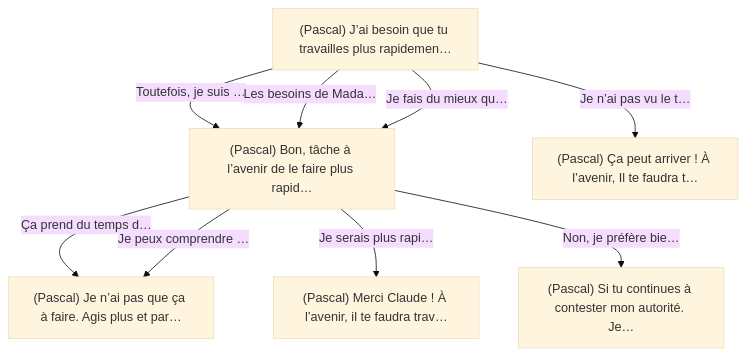
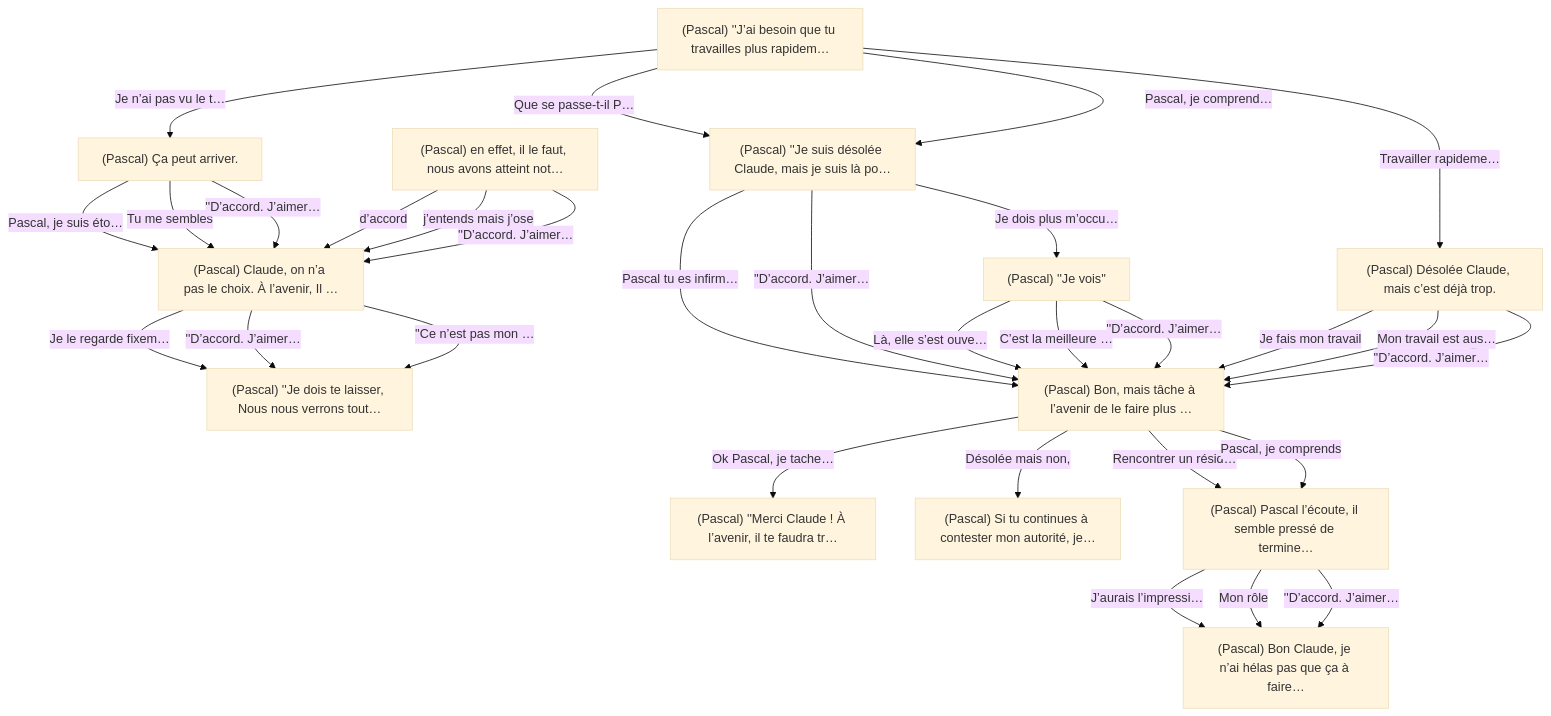
One commit to tmsmks/PA_26_EOL changed the second of 17 diagrams in output/graphes_end_of_life.md. Above: the diagram before and after it, drawn with Mermaid (base theme). The commit also changed other lines of this file and 54 other files, not shown here.

````diff
--- a/output/graphes_end_of_life.md
+++ b/output/graphes_end_of_life.md
@@ -104,18 +123,46 @@
 ```mermaid
 flowchart TD
-    I1["(Pascal) J’ai besoin que tu travailles plus rapidemen…"]
-    I2["(Pascal) Bon, tâche à l’avenir de le faire plus rapid…"]
-    I3["(Pascal) Je n’ai pas que ça à faire. Agis plus et par…"]
-    I4["(Pascal) Merci Claude ! À l’avenir, il te faudra trav…"]
-    I5["(Pascal) Si tu continues à contester mon autorité. Je…"]
-    I6["(Pascal) Ça peut arriver ! À l’avenir, Il te faudra t…"]
+    I1["(Pascal) ''J’ai besoin que tu travailles plus rapidem…"]
+    I2["(Pascal) ''Je suis désolée Claude, mais je suis là po…"]
+    I3["(Pascal) ''Je vois''"]
+    I4["(Pascal) Ça peut arriver."]
+    I5["(Pascal) en effet, il le faut, nous avons atteint not…"]
+    I6["(Pascal) Claude, on n’a pas le choix. À l’avenir, Il …"]
+    I7["(Pascal) ''Je dois te laisser, Nous nous verrons tout…"]
+    I8["(Pascal) Désolée Claude, mais c’est déjà trop."]
+    I9["(Pascal) Bon, mais tâche à l’avenir de le faire plus …"]
+    I10["(Pascal) ''Merci Claude ! À l’avenir, il te faudra tr…"]
+    I11["(Pascal) Si tu continues à contester mon autorité, je…"]
+    I12["(Pascal) Pascal l’écoute, il semble pressé de termine…"]
+    I13["(Pascal) Bon Claude, je n’ai hélas pas que ça à faire…"]
 
-    I1 -->|"Toutefois, je suis …"| I2
-    I1 -->|"Les besoins de Mada…"| I2
-    I1 -->|"Je n’ai pas vu le t…"| I6
-    I1 -->|"Je fais du mieux qu…"| I2
-    I2 -->|"Ça prend du temps d…"| I3
-    I2 -->|"Je peux comprendre …"| I3
-    I2 -->|"Je serais plus rapi…"| I4
-    I2 -->|"Non, je préfère bie…"| I5
+    I1 -->|"Que se passe-t-il P…"| I2
+    I1 -->|"Pascal, je comprend…"| I2
+    I1 -->|"Je n’ai pas vu le t…"| I4
+    I1 -->|"Travailler rapideme…"| I8
+    I2 -->|"Pascal tu es infirm…"| I9
+    I2 -->|"Je dois plus m’occu…"| I3
+    I2 -->|"''D’accord. J’aimer…"| I9
+    I3 -->|"Là, elle s’est ouve…"| I9
+    I3 -->|"C’est la meilleure …"| I9
+    I3 -->|"''D’accord. J’aimer…"| I9
+    I4 -->|"Pascal, je suis éto…"| I6
+    I4 -->|"Tu me sembles"| I6
+    I4 -->|"''D’accord. J’aimer…"| I6
+    I5 -->|"d’accord"| I6
+    I5 -->|"j’entends mais j’ose"| I6
+    I5 -->|"''D’accord. J’aimer…"| I6
+    I6 -->|"Je le regarde fixem…"| I7
+    I6 -->|"''D’accord. J’aimer…"| I7
+    I6 -->|"''Ce n’est pas mon …"| I7
+    I8 -->|"Je fais mon travail"| I9
+    I8 -->|"Mon travail est aus…"| I9
+    I8 -->|"''D’accord. J’aimer…"| I9
+    I9 -->|"Rencontrer un résid…"| I12
+    I9 -->|"Pascal, je comprends"| I12
+    I9 -->|"Désolée mais non,"| I11
+    I9 -->|"Ok Pascal, je tache…"| I10
+    I12 -->|"J’aurais l’impressi…"| I13
+    I12 -->|"Mon rôle"| I13
+    I12 -->|"''D’accord. J’aimer…"| I13
 ```
````
